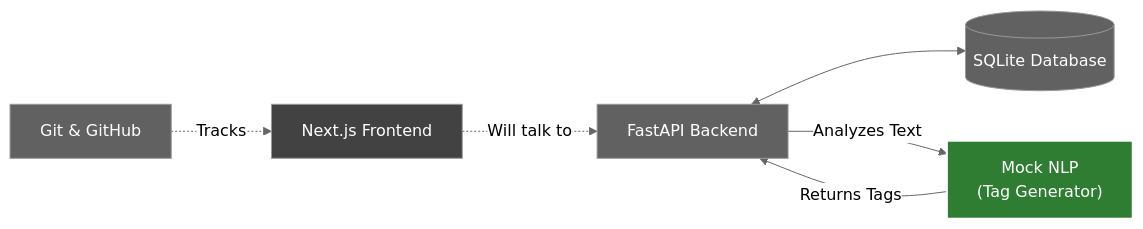
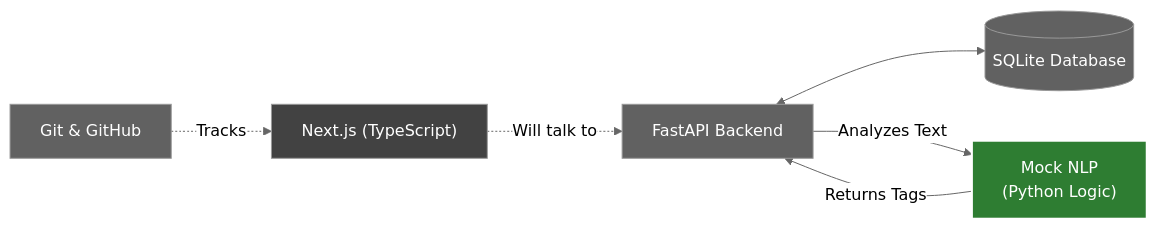
Before and after one commit to Saima-H/orientrix-training: the tenth of 16 diagrams in AI_JOURNAL.md, drawn with Mermaid (neutral theme). The commit also changed other lines of this file, not shown here.

````diff
--- a/AI_JOURNAL.md
+++ b/AI_JOURNAL.md
@@ -213,18 +220,18 @@
 ```mermaid
 flowchart LR
     Git["Git & GitHub"]:::past
-    FE["Next.js Frontend"]:::future
+    FE["Next.js (TypeScript)"]:::future
     BE["FastAPI Backend"]:::past
-    AI["Mock NLP<br/>(Tag Generator)"]:::day4
+    AI["Mock NLP<br/>(Python Logic)"]:::day4
     DB[("SQLite Database")]:::past
 
     Git -. "Tracks" .-> FE
     FE -. "Will talk to" .-> BE
     BE <--> DB
     BE -->|Analyzes Text| AI
     AI -->|Returns Tags| BE
 
     classDef past fill:#616161,color:#fff;
     classDef day4 fill:#2e7d32,color:#fff,stroke:#fff,stroke-width:2px;
     classDef future fill:#424242,color:#fff;
 ```
````
